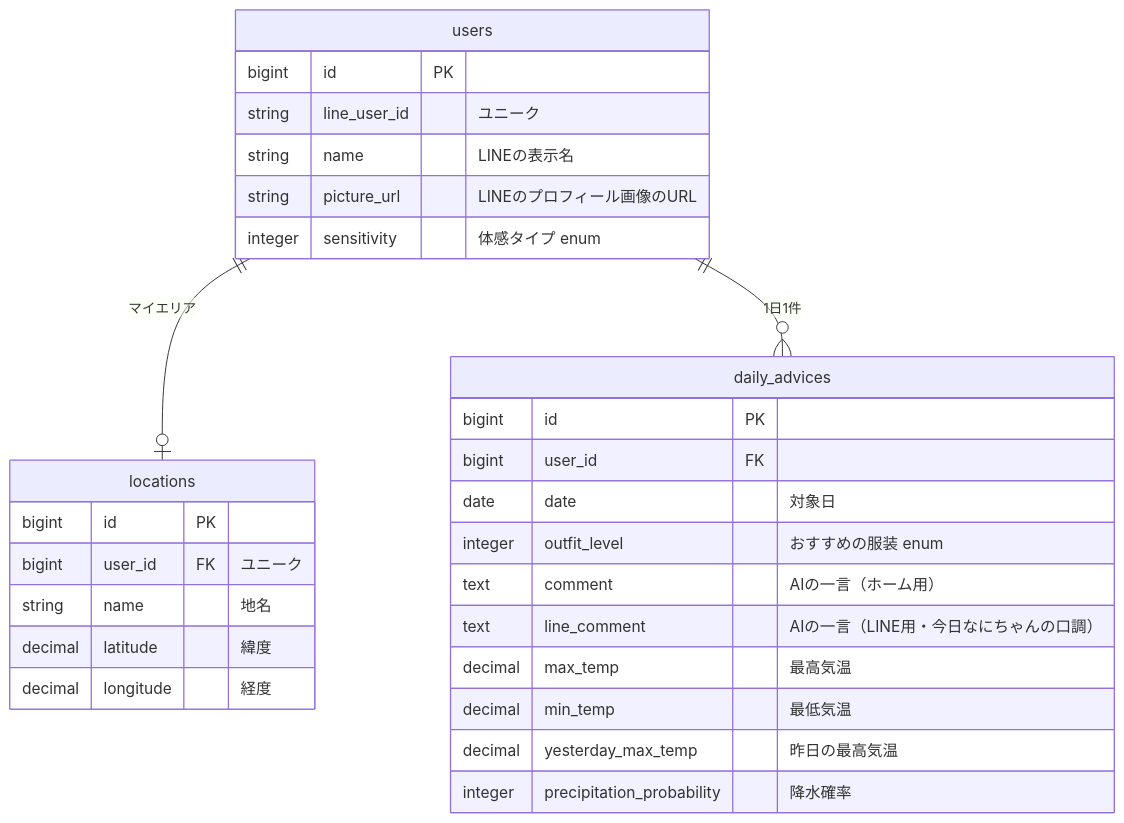
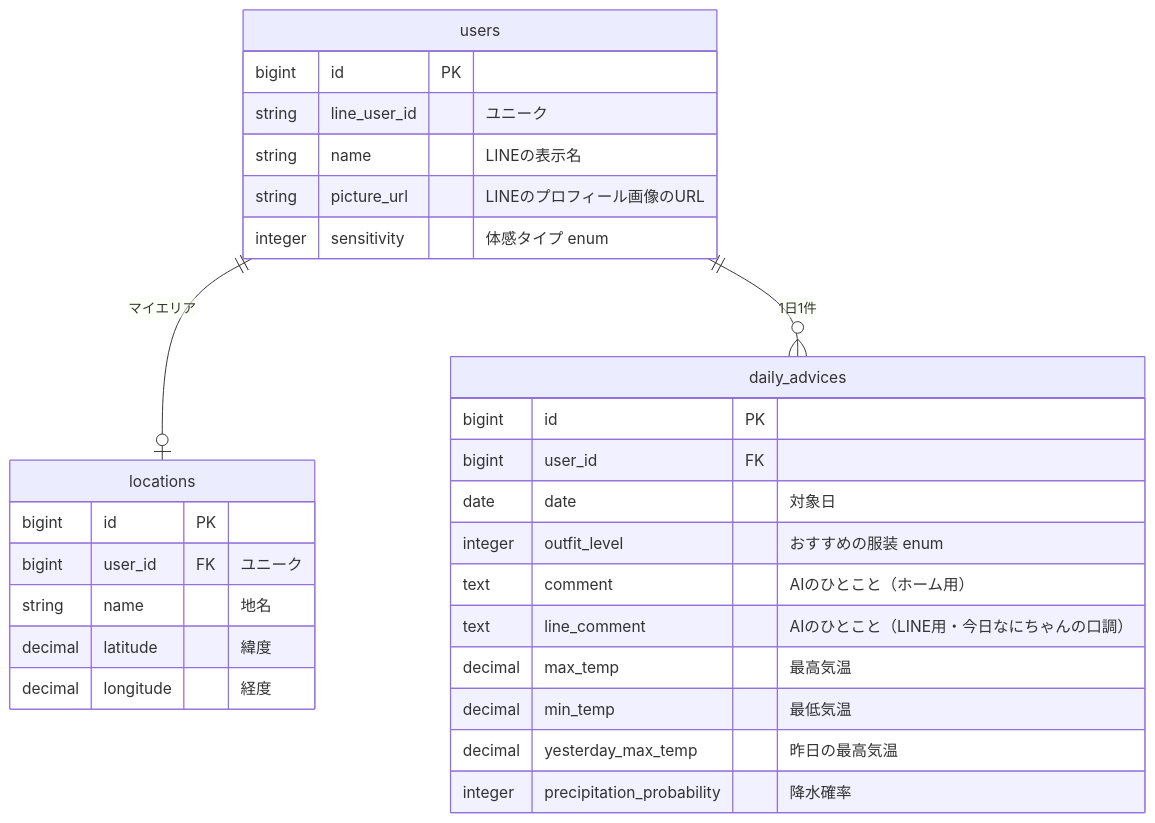
The diagram in README.md (maichi917/kyo-nani-kiteku), drawn with Mermaid before and after one commit. The commit also changed other lines of this file and 1 other file, not shown here.

````diff
--- a/README.md
+++ b/README.md
@@ -51,34 +53,34 @@
 ```mermaid
 erDiagram
   users ||--o| locations : "マイエリア"
   users ||--o{ daily_advices : "1日1件"
 
   users {
     bigint id PK
     string line_user_id "ユニーク"
     string name "LINEの表示名"
     string picture_url "LINEのプロフィール画像のURL"
     integer sensitivity "体感タイプ enum"
   }
 
   locations {
     bigint id PK
     bigint user_id FK "ユニーク"
     string name "地名"
     decimal latitude "緯度"
     decimal longitude "経度"
   }
 
   daily_advices {
     bigint id PK
     bigint user_id FK
     date date "対象日"
     integer outfit_level "おすすめの服装 enum"
-    text comment "AIの一言（ホーム用）"
-    text line_comment "AIの一言（LINE用・今日なにちゃんの口調）"
+    text comment "AIのひとこと（ホーム用）"
+    text line_comment "AIのひとこと（LINE用・今日なにちゃんの口調）"
     decimal max_temp "最高気温"
     decimal min_temp "最低気温"
     decimal yesterday_max_temp "昨日の最高気温"
     integer precipitation_probability "降水確率"
   }
 ```
````
